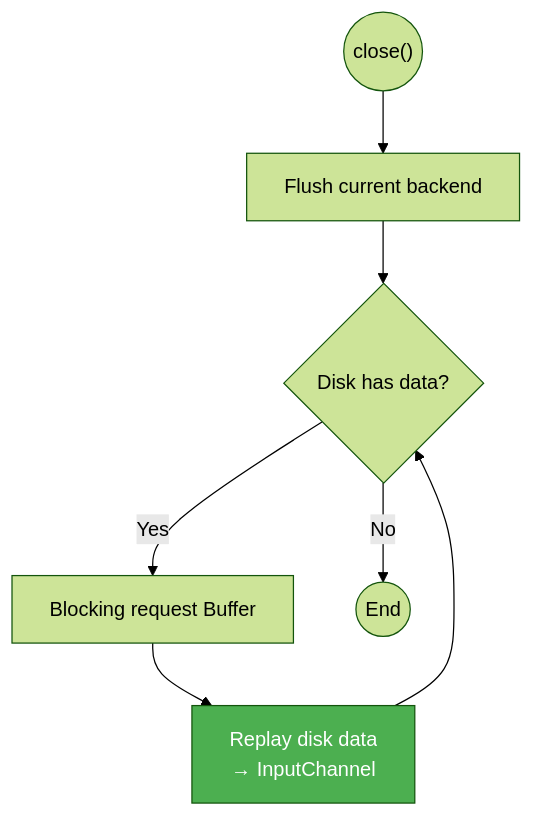
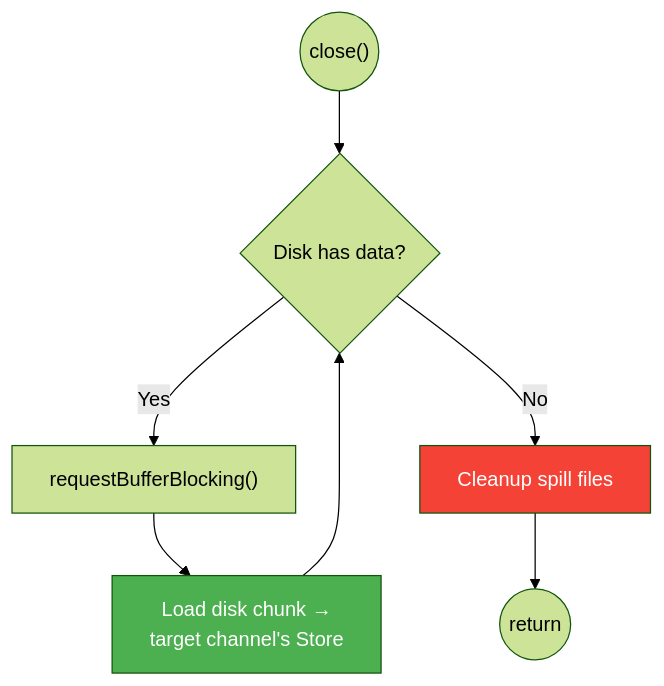
The sixth of 6 diagrams in requirements/38544/data_flow.md (1996fanrui/flink), drawn with Mermaid (forest theme) before and after one commit. The commit also changed other lines of this file and 5 other files, not shown here.

First line of the commit message:
[FLINK-38544] Detail RecoveredBufferStore impact on existing InputChannel code

````diff
--- a/requirements/38544/data_flow.md
+++ b/requirements/38544/data_flow.md
@@ -147,11 +185,12 @@
 ```mermaid
 flowchart TD
-    C(("close()")) --> Flush["Flush current backend"]
-    Flush --> Check{"Disk has data?"}
-    Check -- Yes --> Block["Blocking request Buffer"]
-    Block --> Drain["Replay disk data<br/>→ InputChannel"]
-    Drain --> Check
-    Check -- No --> End(("End"))
+    C(("close()")) --> Check{"Disk has data?"}
+    Check -- Yes --> Block["requestBufferBlocking()"]
+    Block --> Load["Load disk chunk →<br/>target channel's Store"]
+    Load --> Check
+    Check -- No --> Cleanup["Cleanup spill files"]
+    Cleanup --> End(("return"))
 
-    style Drain fill:#4CAF50,color:#fff
+    style Load fill:#4CAF50,color:#fff
+    style Cleanup fill:#F44336,color:#fff
 ```
````
